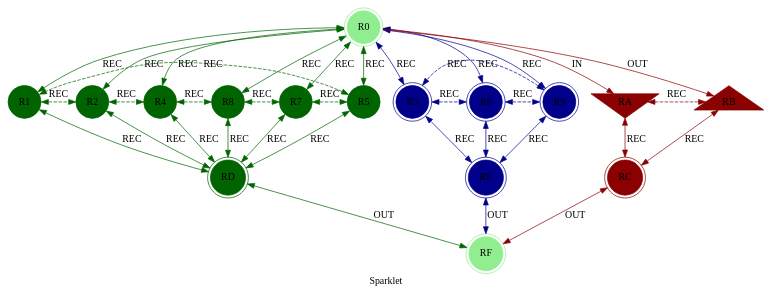
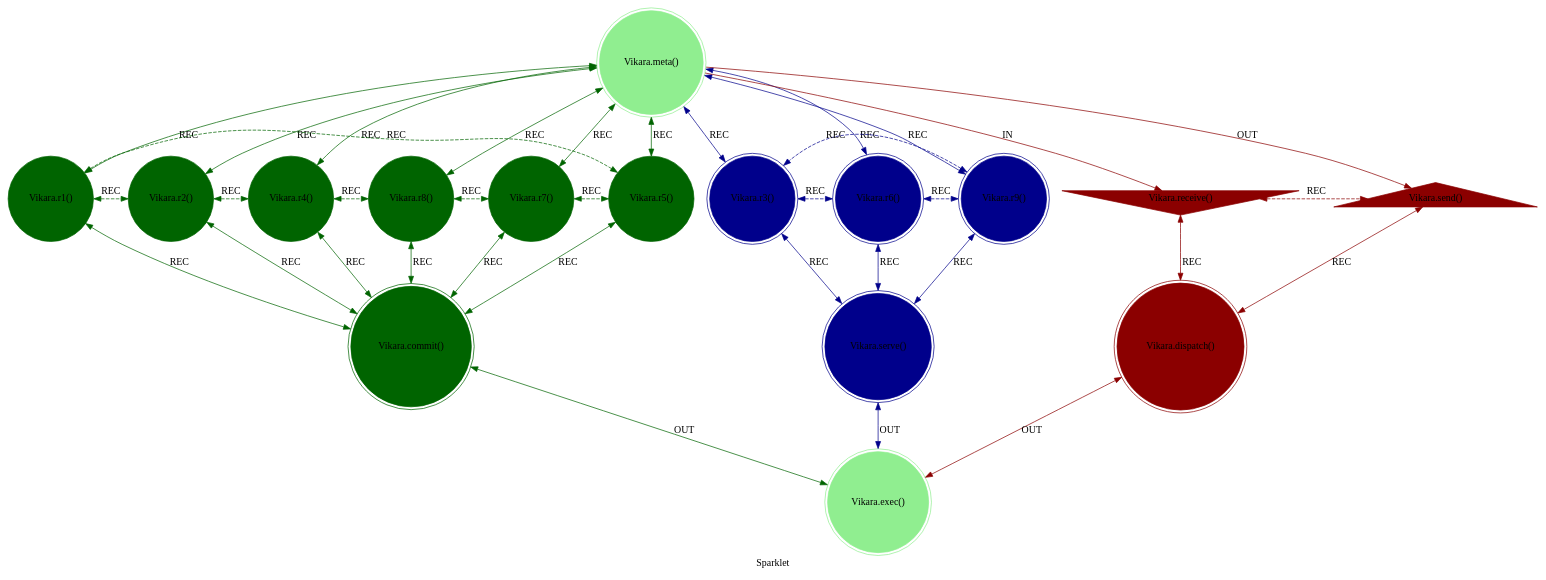
Before and after one commit to cilang/mythos: the diagram in src/includes/vikara.dot, drawn with Graphviz. The commit also changed 6 other files, not shown here.

```diff
--- a/src/includes/vikara.dot
+++ b/src/includes/vikara.dot
@@ -1,48 +1,48 @@
 strict digraph Sparklet {
     label = "Sparklet";
     style = filled;
     color = lightgray;
     node [shape = circle; style = filled; color = lightgreen;];
     
     // The Axis A-0-B (In-Meta-Out).
     // The Sacred 3-6-9 (Boundary of Perception).
     // The Vortex 1-2-4-8-7-5 (Boundary of Comprehension).
     // The Router C-D-E
     // The Closure F
-    spark_0_t [label = "R0";comment = "meta()";shape = doublecircle;];
-    spark_1_t [label = "R1";comment = "";shape = circle;color = darkgreen;];
-    spark_2_t [label = "R2";comment = "";shape = circle;color = darkgreen;];
-    spark_4_t [label = "R4";comment = "";shape = circle;color = darkgreen;];
-    spark_8_t [label = "R8";comment = "";shape = circle;color = darkgreen;];
-    spark_7_t [label = "R7";comment = "";shape = circle;color = darkgreen;];
-    spark_5_t [label = "R5";comment = "";shape = circle;color = darkgreen;];
-    spark_3_t [label = "R3";comment = "";shape = doublecircle;color = darkblue;];
-    spark_6_t [label = "R6";comment = "";shape = doublecircle;color = darkblue;];
-    spark_9_t [label = "R9";comment = "";shape = doublecircle;color = darkblue;];
-    spark_a_t [label = "RA";comment = "receive()";shape = invtriangle;color = darkred;];
-    spark_b_t [label = "RB";comment = "send()";shape = triangle;color = darkred;];
-    spark_c_t [label = "RC";comment = "dispatch()";shape = doublecircle;color = darkred;];
-    spark_d_t [label = "RD";comment = "commit()";shape = doublecircle;color = darkgreen;];
-    spark_e_t [label = "RE";comment = "serve()";shape = doublecircle;color = darkblue;];
-    spark_f_t [label = "RF";comment = "exec()";shape = doublecircle;];
+    spark_0_t [label = "Vikara.meta()";comment = "";shape = doublecircle;];
+    spark_1_t [label = "Vikara.r1()";comment = "";shape = circle;color = darkgreen;];
+    spark_2_t [label = "Vikara.r2()";comment = "";shape = circle;color = darkgreen;];
+    spark_4_t [label = "Vikara.r4()";comment = "";shape = circle;color = darkgreen;];
+    spark_8_t [label = "Vikara.r8()";comment = "";shape = circle;color = darkgreen;];
+    spark_7_t [label = "Vikara.r7()";comment = "";shape = circle;color = darkgreen;];
+    spark_5_t [label = "Vikara.r5()";comment = "";shape = circle;color = darkgreen;];
+    spark_3_t [label = "Vikara.r3()";comment = "Chaos and Order";shape = doublecircle;color = darkblue;];
+    spark_6_t [label = "Vikara.r6()";comment = "Destruction and Creation";shape = doublecircle;color = darkblue;];
+    spark_9_t [label = "Vikara.r9()";comment = "Probability and Causality";shape = doublecircle;color = darkblue;];
+    spark_a_t [label = "Vikara.receive()";comment = "";shape = invtriangle;color = darkred;];
+    spark_b_t [label = "Vikara.send()";comment = "";shape = triangle;color = darkred;];
+    spark_c_t [label = "Vikara.dispatch()";comment = "";shape = doublecircle;color = darkred;];
+    spark_d_t [label = "Vikara.commit()";comment = "";shape = doublecircle;color = darkgreen;];
+    spark_e_t [label = "Vikara.serve()";comment = "";shape = doublecircle;color = darkblue;];
+    spark_f_t [label = "Vikara.exec()";comment = "";shape = doublecircle;];
     
     // IN = Input
     // OUT = Output
     // REC = Recursion
     spark_0_t -> spark_a_t [label = "IN"; color = darkred; comment = "";];
     spark_0_t -> spark_b_t [label = "OUT"; color = darkred; comment = "";];
     spark_0_t -> {spark_3_t spark_6_t spark_9_t} [label = "REC"; color = darkblue; comment = ""; dir = both;];
     spark_0_t -> {spark_1_t spark_2_t spark_4_t spark_8_t spark_7_t spark_5_t} [label = "REC"; color = darkgreen; comment = ""; dir = both;];
     
     {spark_a_t spark_b_t} -> spark_c_t [label = "REC"; color = darkred; comment = ""; dir = both;];
     {spark_1_t spark_2_t spark_4_t spark_8_t spark_7_t spark_5_t} -> spark_d_t [label = "REC"; color = darkgreen; comment = ""; dir = both;];
     {spark_3_t spark_6_t spark_9_t} -> spark_e_t [label = "REC"; color = darkblue; comment = ""; dir = both;];
     
     spark_1_t -> spark_2_t -> spark_4_t -> spark_8_t -> spark_7_t -> spark_5_t -> spark_1_t [label = "REC"; color = darkgreen; comment = ""; style = dashed; constraint = false; dir = both;];
     spark_3_t -> spark_6_t -> spark_9_t -> spark_3_t [label = "REC"; color = darkblue; comment = ""; style = dashed; constraint = false; dir = both;];
     spark_a_t -> spark_b_t [label = "REC"; color = darkred; comment = ""; constraint = false; style = dashed; dir = both;];
     
     spark_c_t -> spark_f_t [label = "OUT"; color = darkred; comment = ""; dir = both;];
     spark_d_t -> spark_f_t [label = "OUT"; color = darkgreen; comment = ""; dir = both;];
     spark_e_t -> spark_f_t [label = "OUT"; color = darkblue; comment = ""; dir = both;];
 }
```
